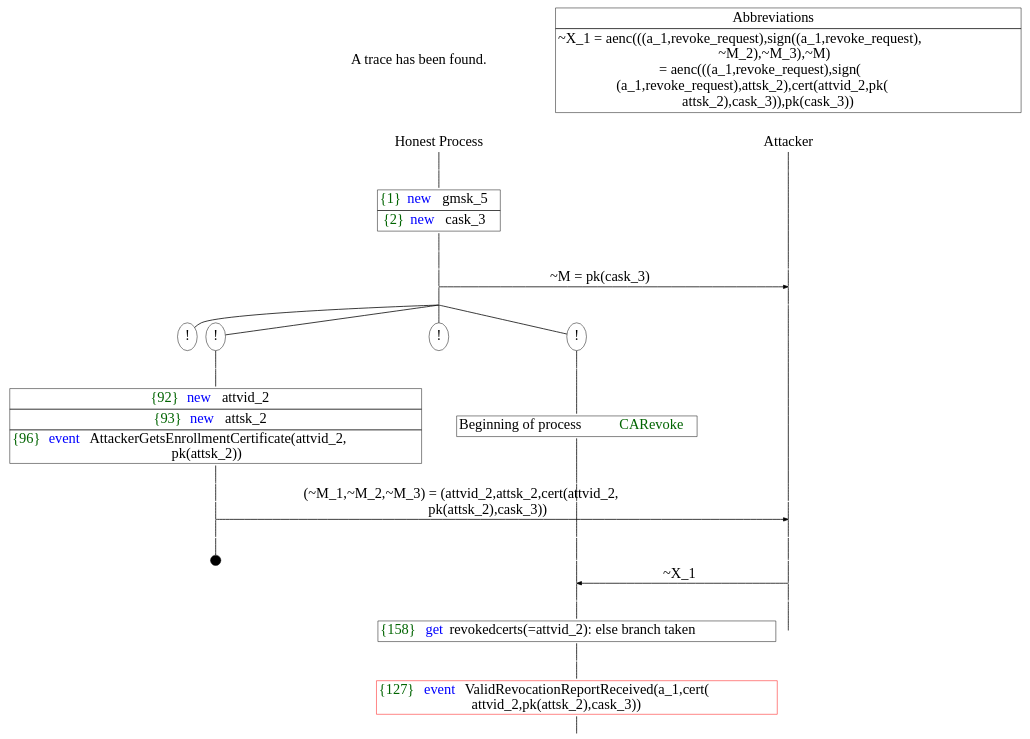
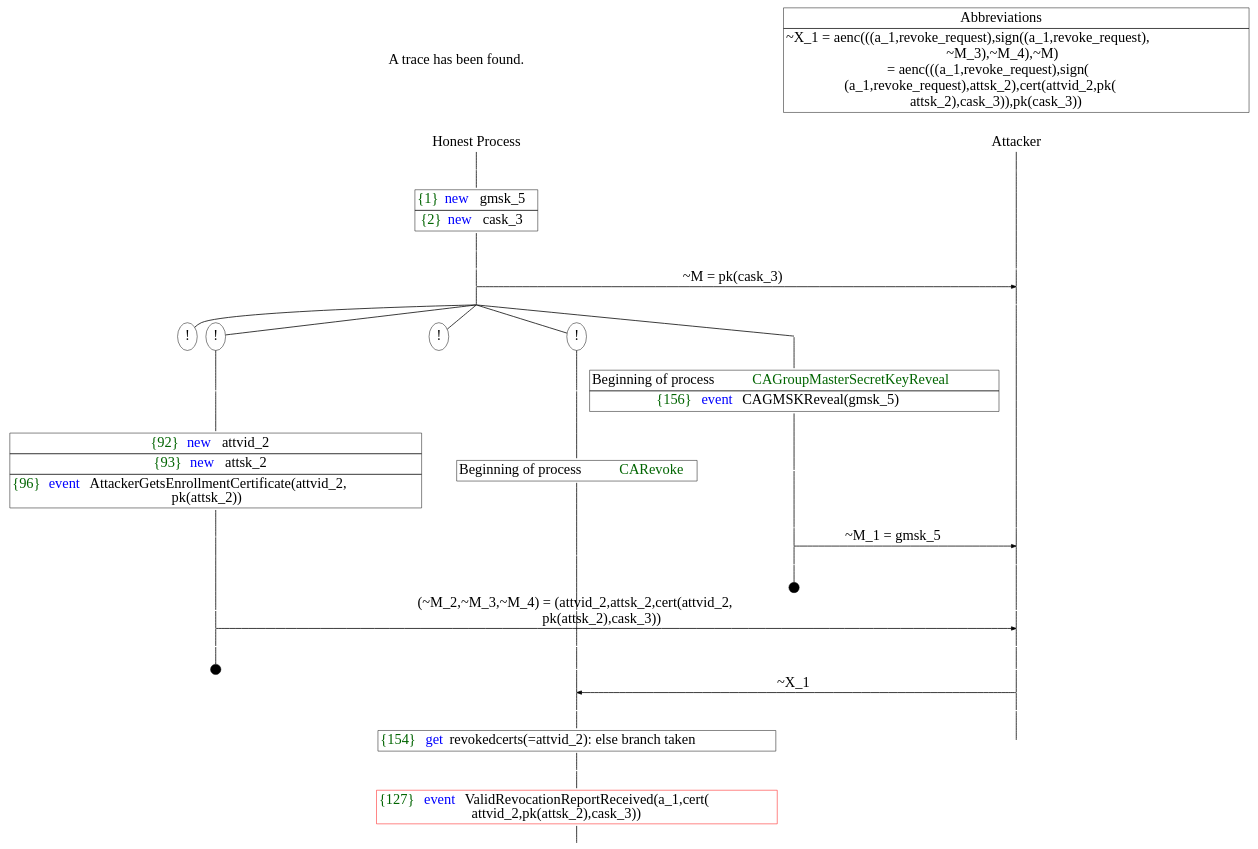
The diagram in my_tests/outgmsk/Q1.7/trace1.dot (J0hnG/V2x-formal-verification), drawn with Graphviz before and after one commit. The commit also changed 143 other files, not shown here.

```diff
--- a/my_tests/outgmsk/Q1.7/trace1.dot
+++ b/my_tests/outgmsk/Q1.7/trace1.dot
@@ -1,89 +1,114 @@
 digraph {
 graph [ordering = out]
 edge [arrowhead = none, penwidth = 1.6, fontsize = 30]
 node [shape = point, width = 0, height = 0, fontsize = 30]
 Trace [label = <A trace has been found.<br/>
 >, shape = plaintext]
 P0__0 [label = "Honest Process", shape = plaintext]
 P__0 [label = "Attacker", shape = plaintext]
 Trace -> P0__0 [label = "", style = invisible, weight = 100]{rank = same; P0__0 P__0}
 P0__0 -> P0__1 [label = <>, weight = 100]
 P0__1 -> P0__2 [label = <>, weight = 100]
 P0__2 [shape = plaintext, label = <<TABLE BORDER="0" CELLBORDER="1" CELLSPACING="0" CELLPADDING="4"> <TR><TD><FONT COLOR="darkgreen">{1}</FONT><FONT COLOR="blue">new </FONT>gmsk_5</TD></TR><TR><TD><FONT COLOR="darkgreen">{2}</FONT><FONT COLOR="blue">new </FONT>cask_3</TD></TR></TABLE>>]
 P0__2 -> P0__3 [label = <>, weight = 100]
 P0__3 -> P0__4 [label = <>, weight = 100]
 P__0 -> P__1 [label = <>, weight = 100]
 {rank = same; P__1 P0__4}
 P0__4 -> P0__5 [label = <>, weight = 100]
 P__1 -> P__2 [label = <>, weight = 100]
 {rank = same; P__2 P0__5}
 P0__5 -> P__2 [label = <~M = pk(cask_3)>, arrowhead = normal]
 P0__5 -> P0__6 [label = <>, weight = 100]
 P__2 -> P__3 [label = <>, weight = 100]
 {rank = same; P__3 P0__6}
 /*RPar */
+P0__6 -> P0_4__6 [label = <>]
 P0__6 -> P0_3__6 [label = <>]
 P0__6 -> P0_2__6 [label = <>]
 P0__6 -> P0_1__6 [label = <>]
 P0__6 -> P0_0__6 [label = <>]
 P0__6 [label = "", fixedsize = false, width = 0, height = 0, shape = none]
-{rank = same; P0_0__6 P0_1__6 P0_2__6 P0_3__6}
-P0_0__6 [label = "!", shape = ellipse]
-P0_0_0__6 [label = "", fixedsize = false, width = 0, height = 0, shape = none]
-P0_0__6 -> P0_0_0__6 [label = <>, weight = 100]
-P0_0_0__6 -> P0_0_0__7 [label = <>, weight = 100]
-P0_0_0__7 [shape = plaintext, label = <<TABLE BORDER="0" CELLBORDER="1" CELLSPACING="0" CELLPADDING="4"> <TR><TD>Beginning of process <FONT COLOR="darkgreen">CARevoke</FONT></TD></TR></TABLE>>]
-P0_0_0__7 -> P0_0_0__8 [label = <>, weight = 100]
+{rank = same; P0_0__6 P0_1__6 P0_2__6 P0_3__6 P0_4__6}
+P0_0__6 -> P0_0__7 [label = <>, weight = 100]
+P0_0__7 [shape = plaintext, label = <<TABLE BORDER="0" CELLBORDER="1" CELLSPACING="0" CELLPADDING="4"> <TR><TD>Beginning of process <FONT COLOR="darkgreen">CAGroupMasterSecretKeyReveal</FONT><br/>
+</TD></TR><TR><TD><FONT COLOR="darkgreen">{156}</FONT><FONT COLOR="blue">event</FONT> CAGMSKReveal(gmsk_5)</TD></TR></TABLE>>]
+P0_0__7 -> P0_0__8 [label = <>, weight = 100]
+P0_0__8 -> P0_0__9 [label = <>, weight = 100]
+P__3 -> P__4 [label = <>, weight = 100]
+{rank = same; P__4 P0_0__9}
+P0_0__9 -> P0_0__10 [label = <>, weight = 100]
+P__4 -> P__5 [label = <>, weight = 100]
+{rank = same; P__5 P0_0__10}
+P0_0__10 -> P__5 [label = <~M_1 = gmsk_5>, arrowhead = normal]
+P0_0__10 -> P0_0__11 [label = <>, weight = 100]
+P__5 -> P__6 [label = <>, weight = 100]
+{rank = same; P__6 P0_0__11}
+P0_0__12 [label = "", width = 0.3, height = 0.3]
+P0_0__11 -> P0_0__12 [label = <>, weight = 100]
 P0_1__6 [label = "!", shape = ellipse]
+P0_1_0__6 [label = "", fixedsize = false, width = 0, height = 0, shape = none]
+P0_1__6 -> P0_1_0__6 [label = <>, weight = 100]
+P0_1_0__6 -> P0_1_0__7 [label = <>, weight = 100]
+P0_1_0__7 [shape = plaintext, label = <<TABLE BORDER="0" CELLBORDER="1" CELLSPACING="0" CELLPADDING="4"> <TR><TD>Beginning of process <FONT COLOR="darkgreen">CARevoke</FONT></TD></TR></TABLE>>]
+P0_1_0__7 -> P0_1_0__8 [label = <>, weight = 100]
 P0_2__6 [label = "!", shape = ellipse]
-P0_2_0__6 [label = "", fixedsize = false, width = 0, height = 0, shape = none]
-P0_2__6 -> P0_2_0__6 [label = <>, weight = 100]
-P0_2_0__6 -> P0_2_0__7 [label = <>, weight = 100]
-P0_2_0__7 [shape = plaintext, label = <<TABLE BORDER="0" CELLBORDER="1" CELLSPACING="0" CELLPADDING="4"> <TR><TD><FONT COLOR="darkgreen">{92}</FONT><FONT COLOR="blue">new </FONT>attvid_2</TD></TR><TR><TD><FONT COLOR="darkgreen">{93}</FONT><FONT COLOR="blue">new </FONT>attsk_2</TD></TR><TR><TD><FONT COLOR="darkgreen">{96}</FONT><FONT COLOR="blue">event</FONT> AttackerGetsEnrollmentCertificate(attvid_2,<br/>
+P0_3__6 [label = "!", shape = ellipse]
+P0_3_0__6 [label = "", fixedsize = false, width = 0, height = 0, shape = none]
+P0_3__6 -> P0_3_0__6 [label = <>, weight = 100]
+P0_3_0__6 -> P0_3_0__7 [label = <>, weight = 100]
+P0_3_0__7 [shape = plaintext, label = <<TABLE BORDER="0" CELLBORDER="1" CELLSPACING="0" CELLPADDING="4"> <TR><TD><FONT COLOR="darkgreen">{92}</FONT><FONT COLOR="blue">new </FONT>attvid_2</TD></TR><TR><TD><FONT COLOR="darkgreen">{93}</FONT><FONT COLOR="blue">new </FONT>attsk_2</TD></TR><TR><TD><FONT COLOR="darkgreen">{96}</FONT><FONT COLOR="blue">event</FONT> AttackerGetsEnrollmentCertificate(attvid_2,<br/>
 pk(attsk_2))</TD></TR></TABLE>>]
-P0_2_0__7 -> P0_2_0__8 [label = <>, weight = 100]
-P0_2_0__8 -> P0_2_0__9 [label = <>, weight = 100]
-P0_1__7 [label = "", style = invisible]
-P0_1__6 -> P0_1__7 [label = <>, weight = 100, style = invisible]
-P0_0_0__8 -> P0_0_0__9 [label = <>, weight = 100]
-P__3 -> P__4 [label = <>, weight = 100]
-{rank = same; P__4 P0_0_0__9 P0_1__7 P0_2_0__9}
-P0_2_0__9 -> P0_2_0__10 [label = <>, weight = 100]
-P__4 -> P__5 [label = <>, weight = 100]
-{rank = same; P__5 P0_2_0__10}
-P0_2_0__10 -> P__5 [label = <(~M_1,~M_2,~M_3) = (attvid_2,attsk_2,cert(attvid_2,<br/>
+P0_3_0__7 -> P0_3_0__8 [label = <>, weight = 100]
+P0_3_0__8 -> P0_3_0__9 [label = <>, weight = 100]
+P0_2__7 [label = "", style = invisible]
+P0_2__6 -> P0_2__7 [label = <>, weight = 100, style = invisible]
+P0_1_0__8 -> P0_1_0__9 [label = <>, weight = 100]
+P0_0__13 [label = "", style = invisible]
+P0_0__12 -> P0_0__13 [label = <>, weight = 100, style = invisible]
+P__6 -> P__7 [label = <>, weight = 100]
+{rank = same; P__7 P0_0__13 P0_1_0__9 P0_2__7 P0_3_0__9}
+P0_3_0__9 -> P0_3_0__10 [label = <>, weight = 100]
+P__7 -> P__8 [label = <>, weight = 100]
+{rank = same; P__8 P0_3_0__10}
+P0_3_0__10 -> P__8 [label = <(~M_2,~M_3,~M_4) = (attvid_2,attsk_2,cert(attvid_2,<br/>
 pk(attsk_2),cask_3))>, arrowhead = normal]
-P0_2_0__10 -> P0_2_0__11 [label = <>, weight = 100]
-P0_1__8 [label = "", style = invisible]
-P0_1__7 -> P0_1__8 [label = <>, weight = 100, style = invisible]
-P0_0_0__9 -> P0_0_0__10 [label = <>, weight = 100]
-P__5 -> P__6 [label = <>, weight = 100]
-{rank = same; P__6 P0_0_0__10 P0_1__8 P0_2_0__11}
-P0_2_0__12 [label = "", width = 0.3, height = 0.3]
-P0_2_0__11 -> P0_2_0__12 [label = <>, weight = 100]
-P0_3__6 [label = "!", shape = ellipse]
-P0_0_0__10 -> P0_0_0__11 [label = <>, weight = 100]
-P__6 -> P__7 [label = <>, weight = 100]
-{rank = same; P__7 P0_0_0__11}
-P0_0_0__11 -> P0_0_0__12 [label = <>, weight = 100]
-P__7 -> P__8 [label = <>, weight = 100]
-{rank = same; P__8 P0_0_0__12}
-P0_0_0__12 -> P__8 [label = <~X_1>, dir = back, arrowhead = normal]
-P0_0_0__12 -> P0_0_0__13 [label = <>, weight = 100]
+P0_3_0__10 -> P0_3_0__11 [label = <>, weight = 100]
+P0_2__8 [label = "", style = invisible]
+P0_2__7 -> P0_2__8 [label = <>, weight = 100, style = invisible]
+P0_1_0__9 -> P0_1_0__10 [label = <>, weight = 100]
+P0_0__14 [label = "", style = invisible]
+P0_0__13 -> P0_0__14 [label = <>, weight = 100, style = invisible]
 P__8 -> P__9 [label = <>, weight = 100]
-{rank = same; P__9 P0_0_0__13}
-P0_0_0__13 -> P0_0_0__14 [label = <>, weight = 100]
-P0_0_0__14 [shape = plaintext, label = <<TABLE BORDER="0" CELLBORDER="1" CELLSPACING="0" CELLPADDING="4"> <TR><TD><FONT COLOR="darkgreen">{158}</FONT><FONT COLOR="blue">get</FONT> revokedcerts(=attvid_2): else branch taken<br/>
+{rank = same; P__9 P0_0__14 P0_1_0__10 P0_2__8 P0_3_0__11}
+P0_3_0__12 [label = "", width = 0.3, height = 0.3]
+P0_3_0__11 -> P0_3_0__12 [label = <>, weight = 100]
+P0_4__6 [label = "!", shape = ellipse]
+P0_1_0__10 -> P0_1_0__11 [label = <>, weight = 100]
+P0_0__15 [label = "", style = invisible]
+P0_0__14 -> P0_0__15 [label = <>, weight = 100, style = invisible]
+P__9 -> P__10 [label = <>, weight = 100]
+{rank = same; P__10 P0_0__15 P0_1_0__11}
+P0_1_0__11 -> P0_1_0__12 [label = <>, weight = 100]
+P__10 -> P__11 [label = <>, weight = 100]
+{rank = same; P__11 P0_1_0__12}
+P0_1_0__12 -> P__11 [label = <~X_1>, dir = back, arrowhead = normal]
+P0_1_0__12 -> P0_1_0__13 [label = <>, weight = 100]
+P0_0__16 [label = "", style = invisible]
+P0_0__15 -> P0_0__16 [label = <>, weight = 100, style = invisible]
+P__11 -> P__12 [label = <>, weight = 100]
+{rank = same; P__12 P0_0__16 P0_1_0__13}
+P0_1_0__13 -> P0_1_0__14 [label = <>, weight = 100]
+P0_1_0__14 [shape = plaintext, label = <<TABLE BORDER="0" CELLBORDER="1" CELLSPACING="0" CELLPADDING="4"> <TR><TD><FONT COLOR="darkgreen">{154}</FONT><FONT COLOR="blue">get</FONT> revokedcerts(=attvid_2): else branch taken<br/>
 </TD></TR></TABLE>>]
-P0_0_0__14 -> P0_0_0__15 [label = <>, weight = 100]
-P__9 -> P__10 [label = <>, weight = 100]
-{rank = same; P__10 P0_0_0__14}
-P0_0_0__15 -> P0_0_0__16 [label = <>, weight = 100]
-P0_0_0__16 [color = red, shape = plaintext, label = <<TABLE BORDER="0" CELLBORDER="1" CELLSPACING="0" CELLPADDING="4"> <TR><TD><FONT COLOR="darkgreen">{127}</FONT><FONT COLOR="blue">event</FONT> ValidRevocationReportReceived(a_1,cert(<br/>
+P0_1_0__14 -> P0_1_0__15 [label = <>, weight = 100]
+P__12 -> P__13 [label = <>, weight = 100]
+{rank = same; P__13 P0_1_0__14}
+P0_1_0__15 -> P0_1_0__16 [label = <>, weight = 100]
+P0_1_0__16 [color = red, shape = plaintext, label = <<TABLE BORDER="0" CELLBORDER="1" CELLSPACING="0" CELLPADDING="4"> <TR><TD><FONT COLOR="darkgreen">{127}</FONT><FONT COLOR="blue">event</FONT> ValidRevocationReportReceived(a_1,cert(<br/>
 attvid_2,pk(attsk_2),cask_3))</TD></TR></TABLE>>]
-P0_0_0__16 -> P0_0_0__17 [label = <>, weight = 100]
+P0_1_0__16 -> P0_1_0__17 [label = <>, weight = 100]
 Abbrev [shape = plaintext, label = <<TABLE BORDER="0" CELLBORDER="1" CELLSPACING="0" CELLPADDING="4"><TR> <TD> Abbreviations </TD></TR><TR><TD>~X_1 = aenc(((a_1,revoke_request),sign((a_1,revoke_request),<br/>
-~M_2),~M_3),~M)<br/>
+~M_3),~M_4),~M)<br/>
 = aenc(((a_1,revoke_request),sign(<br/>
 (a_1,revoke_request),attsk_2),cert(attvid_2,pk(<br/>
 attsk_2),cask_3)),pk(cask_3))</TD></TR></TABLE>>]Abbrev -> P__0 [style = invisible, weight =100]}
```
